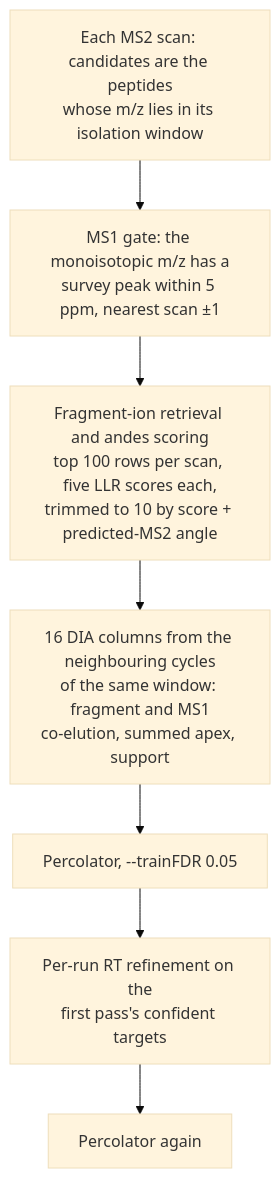
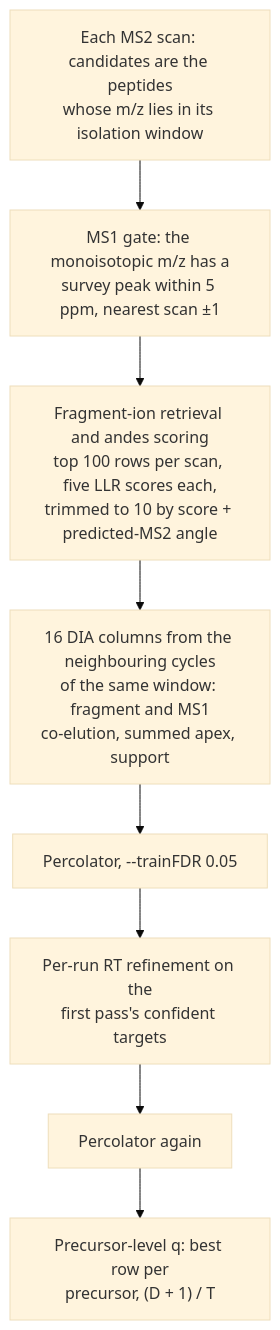
Before and after one commit to bigbio/andes: the diagram in website/pages/features/dia.md, drawn with Mermaid (base theme). The commit also changed other lines of this file and 2 other files, not shown here.

First line of the commit message:
dia: report precursor-level q-values

````diff
--- a/website/pages/features/dia.md
+++ b/website/pages/features/dia.md
@@ -14,9 +14,10 @@
 ```mermaid
 flowchart TD
     A["Each MS2 scan: candidates are the peptides<br/>whose m/z lies in its isolation window"] --> B["MS1 gate: the monoisotopic m/z has a<br/>survey peak within 5 ppm, nearest scan ±1"]
     B --> C["Fragment-ion retrieval and andes scoring<br/>top 100 rows per scan, five LLR scores each,<br/>trimmed to 10 by score + predicted-MS2 angle"]
     C --> D["16 DIA columns from the neighbouring cycles<br/>of the same window: fragment and MS1<br/>co-elution, summed apex, support"]
     D --> E["Percolator, --trainFDR 0.05"]
     E --> F["Per-run RT refinement on the<br/>first pass's confident targets"]
     F --> G["Percolator again"]
+    G --> H["Precursor-level q: best row per<br/>precursor, (D + 1) / T"]
 ```
````
